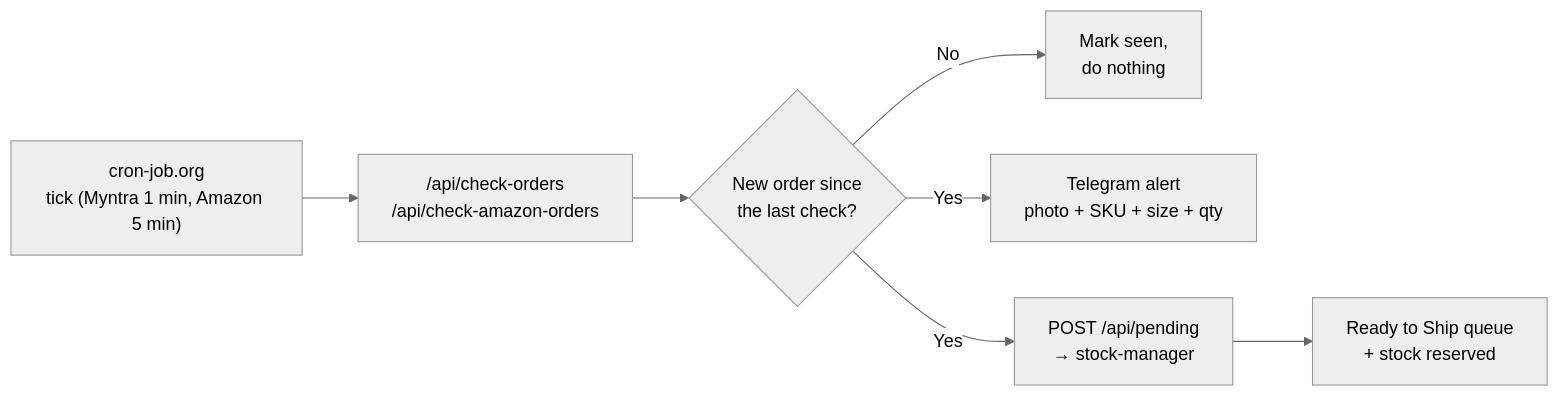
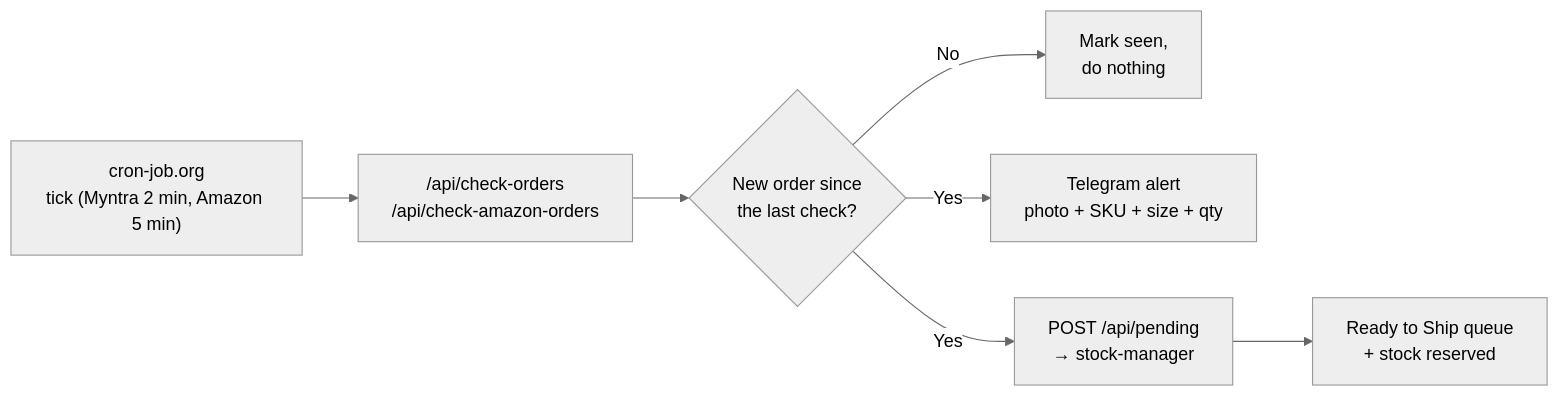
The second of 6 diagrams in ARCHITECTURE.md (gauravjain231120/stock-manager), drawn with Mermaid (neutral theme) before and after one commit. The commit also changed other lines of this file, not shown here.

Commit message:
Docs: sync ARCHITECTURE.md (Myntra orders every 2 min)

````diff
--- a/ARCHITECTURE.md
+++ b/ARCHITECTURE.md
@@ -73,9 +73,9 @@
 ```mermaid
 flowchart LR
-  A["cron-job.org<br/>tick (Myntra 1 min, Amazon 5 min)"] --> B["/api/check-orders<br/>/api/check-amazon-orders"]
+  A["cron-job.org<br/>tick (Myntra 2 min, Amazon 5 min)"] --> B["/api/check-orders<br/>/api/check-amazon-orders"]
   B --> C{"New order since<br/>the last check?"}
   C -- "No" --> D["Mark seen,<br/>do nothing"]
   C -- "Yes" --> E["Telegram alert<br/>photo + SKU + size + qty"]
   C -- "Yes" --> F["POST /api/pending<br/>&rarr; stock-manager"]
   F --> G["Ready to Ship queue<br/>+ stock reserved"]
 ```
````
